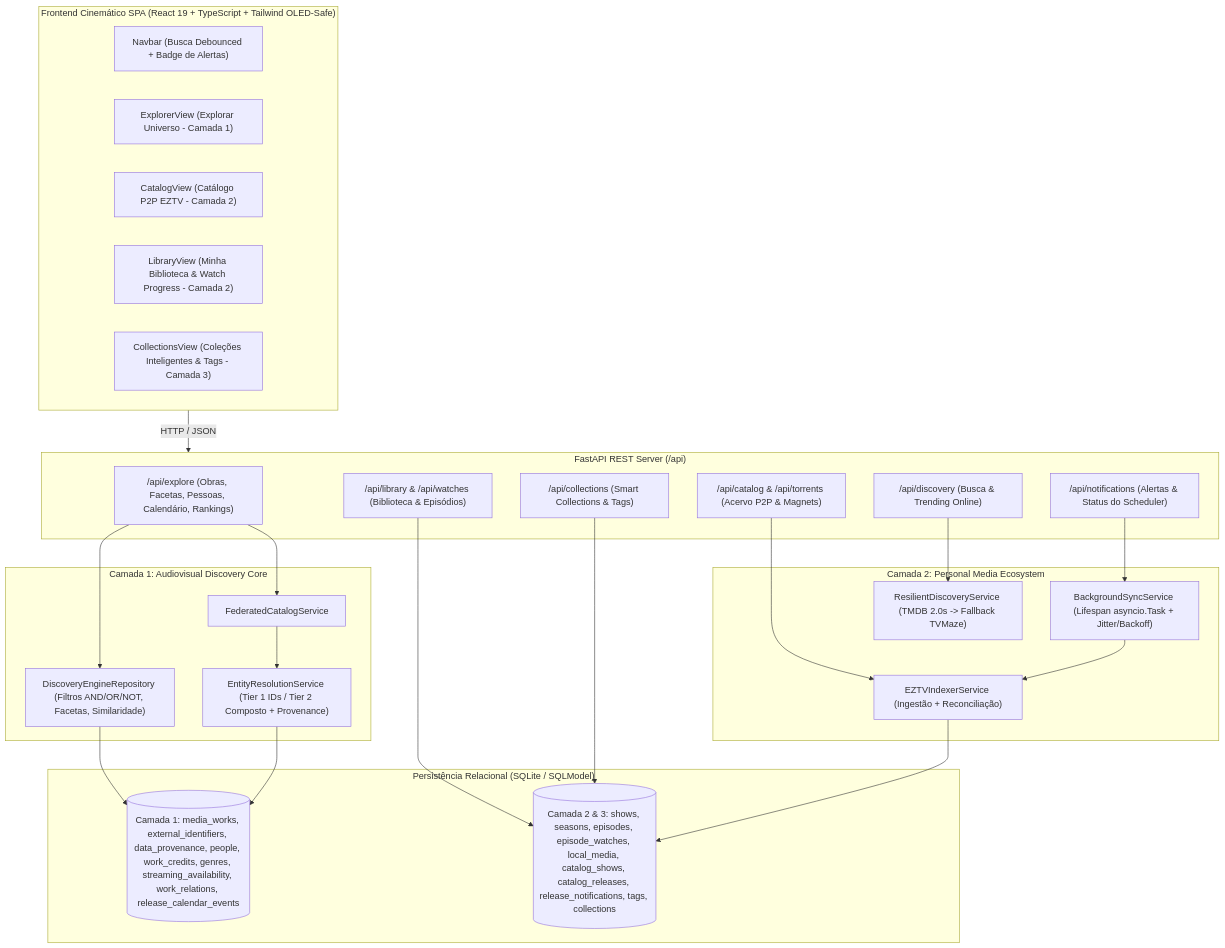
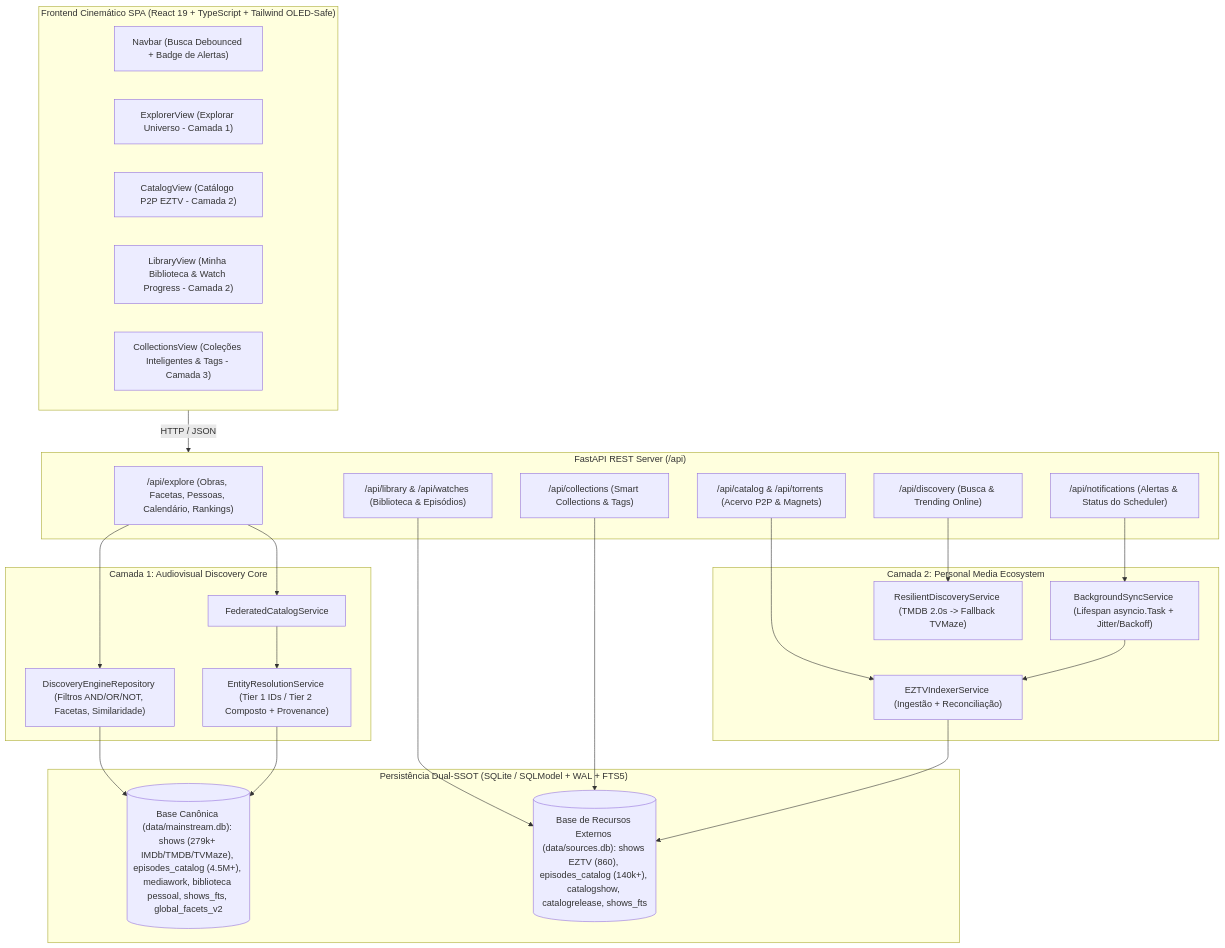
One commit to lscheffel/tv-pirata changed the diagram in README.md. Above: the diagram before and after it, drawn with Mermaid. The commit also changed other lines of this file and 48 other files, not shown here.

Commit message:
feat(ssot): consolidate dual-ssot databases, bilingual fts5 search, canonical taxonomy, and release v0.7.0 (ADR-011)

````diff
--- a/README.md
+++ b/README.md
@@ -33,51 +33,51 @@
 ```mermaid
 flowchart TD
     subgraph UI["Frontend Cinemático SPA (React 19 + TypeScript + Tailwind OLED-Safe)"]
         Nav["Navbar (Busca Debounced + Badge de Alertas)"]
         ExpView["ExplorerView (Explorar Universo - Camada 1)"]
         CatView["CatalogView (Catálogo P2P EZTV - Camada 2)"]
         LibView["LibraryView (Minha Biblioteca & Watch Progress - Camada 2)"]
         ColView["CollectionsView (Coleções Inteligentes & Tags - Camada 3)"]
     end
 
     subgraph API["FastAPI REST Server (/api)"]
         R_Exp["/api/explore (Obras, Facetas, Pessoas, Calendário, Rankings)"]
         R_Disc["/api/discovery (Busca & Trending Online)"]
         R_Cat["/api/catalog & /api/torrents (Acervo P2P & Magnets)"]
         R_Lib["/api/library & /api/watches (Biblioteca & Episódios)"]
         R_Notif["/api/notifications (Alertas & Status do Scheduler)"]
         R_Col["/api/collections (Smart Collections & Tags)"]
     end
 
     subgraph Core["Camada 1: Audiovisual Discovery Core"]
         Fed["FederatedCatalogService"]
         ER["EntityResolutionService (Tier 1 IDs / Tier 2 Composto + Provenance)"]
         DE["DiscoveryEngineRepository (Filtros AND/OR/NOT, Facetas, Similaridade)"]
     end
 
     subgraph Ecosystem["Camada 2: Personal Media Ecosystem"]
         Sched["BackgroundSyncService (Lifespan asyncio.Task + Jitter/Backoff)"]
         Idx["EZTVIndexerService (Ingestão + Reconciliação)"]
         ResDisc["ResilientDiscoveryService (TMDB 2.0s -> Fallback TVMaze)"]
     end
 
-    subgraph Storage["Persistência Relacional (SQLite / SQLModel)"]
-        DB_L1[("Camada 1: media_works, external_identifiers, data_provenance, people, work_credits, genres, streaming_availability, work_relations, release_calendar_events")]
-        DB_L2[("Camada 2 & 3: shows, seasons, episodes, episode_watches, local_media, catalog_shows, catalog_releases, release_notifications, tags, collections")]
+    subgraph Storage["Persistência Dual-SSOT (SQLite / SQLModel + WAL + FTS5)"]
+        DB_L1[("Base Canônica (data/mainstream.db): shows (279k+ IMDb/TMDB/TVMaze), episodes_catalog (4.5M+), mediawork, biblioteca pessoal, shows_fts, global_facets_v2")]
+        DB_L2[("Base de Recursos Externos (data/sources.db): shows EZTV (860), episodes_catalog (140k+), catalogshow, catalogrelease, shows_fts")]
     end
 
     UI -->|"HTTP / JSON"| API
     R_Exp --> DE
     R_Exp --> Fed
     Fed --> ER
     DE --> DB_L1
     ER --> DB_L1
 
     R_Disc --> ResDisc
     R_Cat --> Idx
     R_Lib --> DB_L2
     R_Notif --> Sched
     R_Col --> DB_L2
     Sched --> Idx
     Idx --> DB_L2
 ```
````
